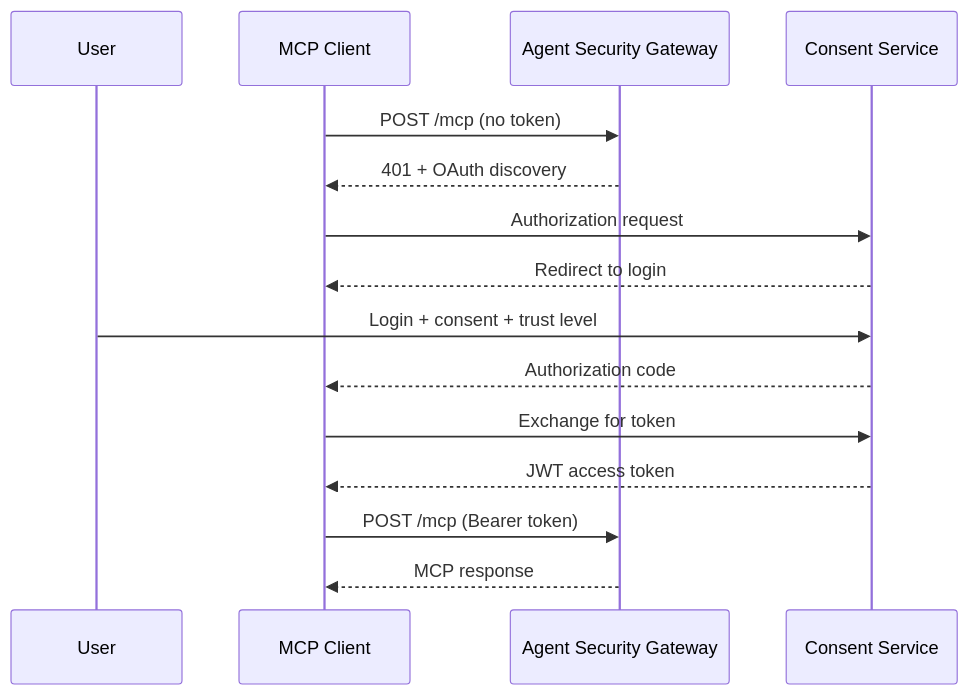
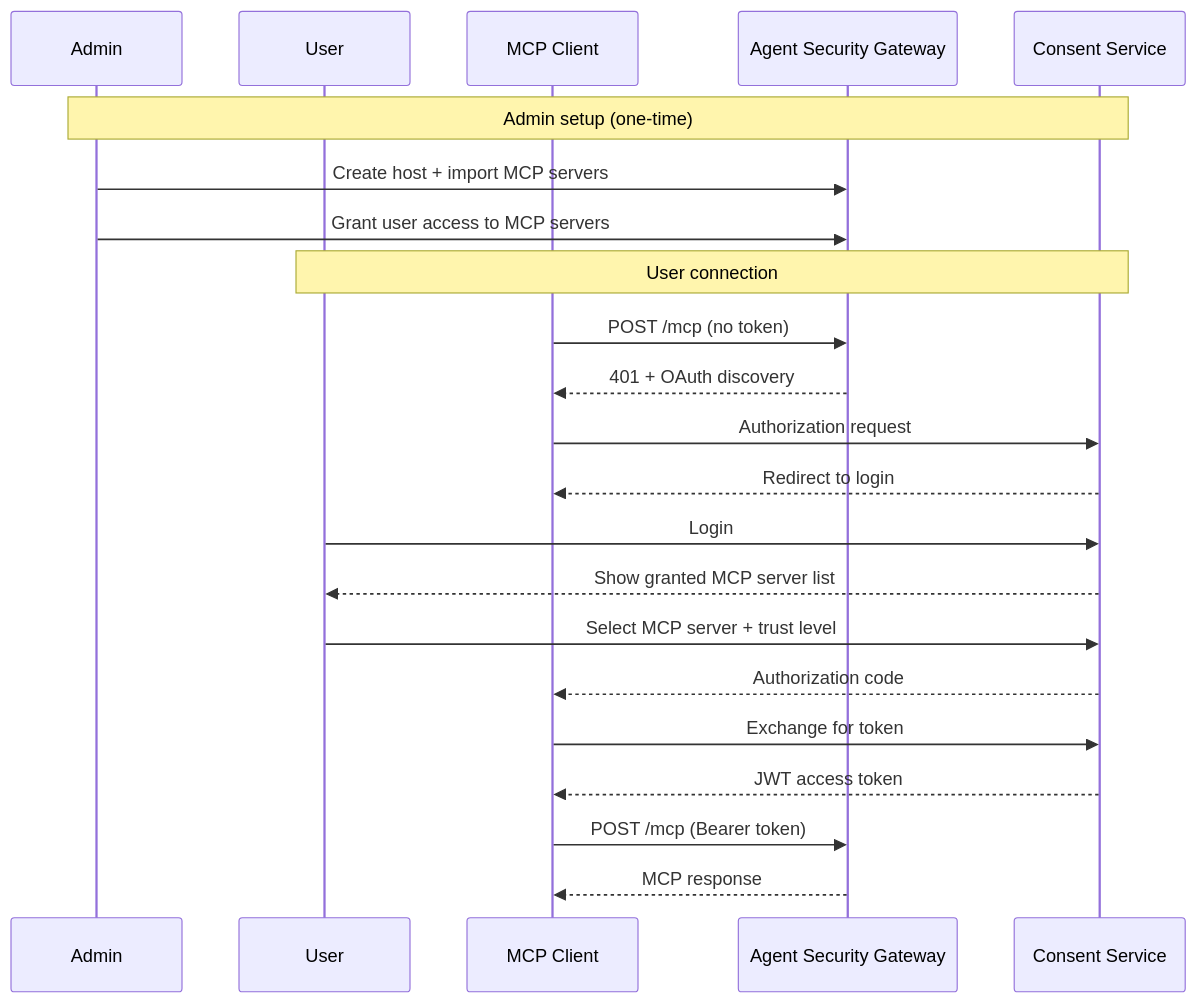
One commit to permitio/docs changed the third of 4 diagrams in docs/ai-security/mcp-permissions/architecture.mdx. Above: the diagram before and after it, drawn with Mermaid. The commit also changed other lines of this file and 2 other files, not shown here.

First line of the commit message:
Update Agent Security docs for new admin-controlled user flow

````diff
--- a/docs/ai-security/mcp-permissions/architecture.mdx
+++ b/docs/ai-security/mcp-permissions/architecture.mdx
@@ -125,18 +132,26 @@
 ```mermaid
 sequenceDiagram
+    participant A as Admin
     participant U as User
     participant C as MCP Client
     participant G as Agent Security Gateway
     participant CS as Consent Service
 
+    Note over A,CS: Admin setup (one-time)
+    A->>G: Create host + import MCP servers
+    A->>G: Grant user access to MCP servers
+
+    Note over U,CS: User connection
     C->>G: POST /mcp (no token)
     G-->>C: 401 + OAuth discovery
     C->>CS: Authorization request
     CS-->>C: Redirect to login
-    U->>CS: Login + consent + trust level
+    U->>CS: Login
+    CS-->>U: Show granted MCP server list
+    U->>CS: Select MCP server + trust level
     CS-->>C: Authorization code
     C->>CS: Exchange for token
     CS-->>C: JWT access token
     C->>G: POST /mcp (Bearer token)
     G-->>C: MCP response
 ```
````
